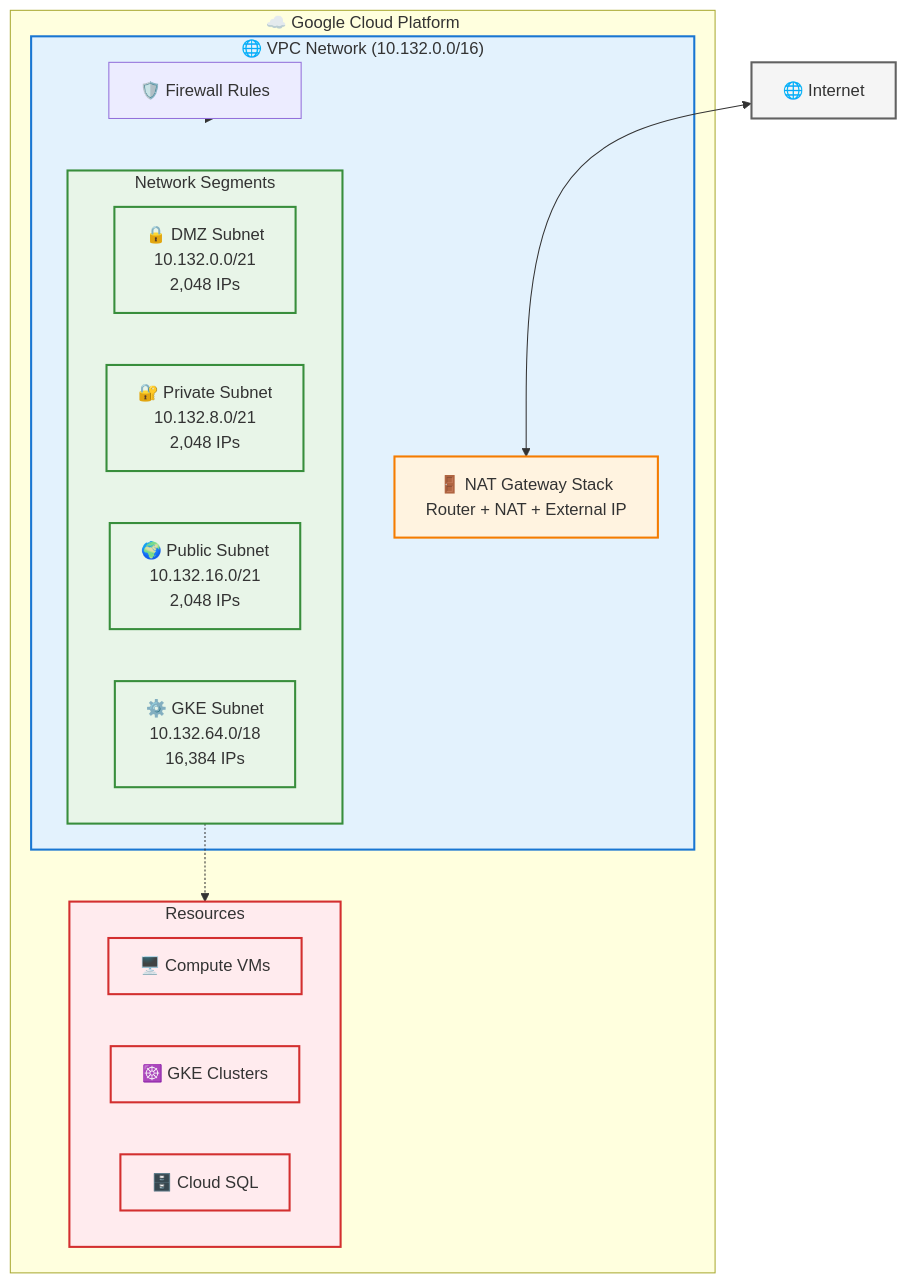
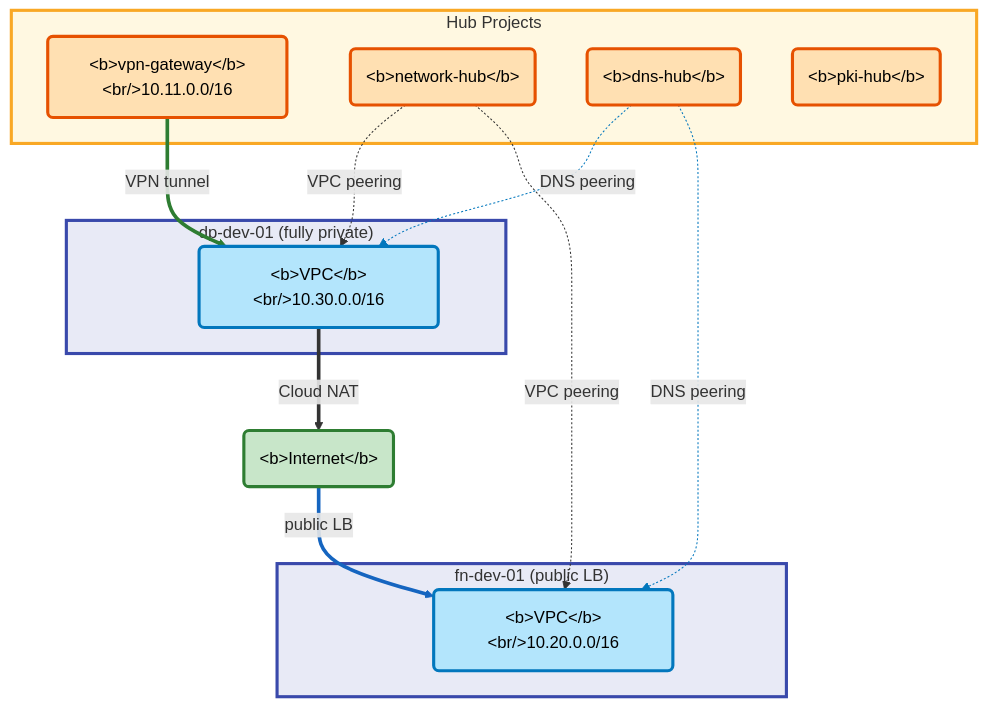
One commit to spolspol/terragrunt-gcp-org-automation changed the first of 3 diagrams in docs/NETWORK_ARCHITECTURE.md. Above: the diagram before and after it, drawn with Mermaid. The commit also changed other lines of this file and 36 other files, not shown here.

````diff
--- a/docs/NETWORK_ARCHITECTURE.md
+++ b/docs/NETWORK_ARCHITECTURE.md
@@ -32,42 +9,42 @@
 ```mermaid
 flowchart TB
-    subgraph CLOUD["☁️ Google Cloud Platform"]
-        subgraph VPC["🌐 VPC Network (10.132.0.0/16)"]
-            subgraph SUBNETS["Network Segments"]
-                DMZ["🔒 DMZ Subnet<br/>10.132.0.0/21<br/>2,048 IPs"]
-                PRIVATE["🔐 Private Subnet<br/>10.132.8.0/21<br/>2,048 IPs"]
-                PUBLIC["🌍 Public Subnet<br/>10.132.16.0/21<br/>2,048 IPs"]
-                GKE_NET["⚙️ GKE Subnet<br/>10.132.64.0/18<br/>16,384 IPs"]
-            end
-            
-            NAT_STACK["🚪 NAT Gateway Stack<br/>Router + NAT + External IP"]
-            FIREWALL["🛡️ Firewall Rules"]
-        end
-        
-        subgraph RESOURCES["Resources"]
-            VMS["🖥️ Compute VMs"]
-            GKE["☸️ GKE Clusters"]
-            SQL["🗄️ Cloud SQL"]
-        end
+    subgraph HUB["Hub Projects"]
+        VPN("&lt;b&gt;vpn-gateway&lt;/b&gt;&lt;br/&gt;10.11.0.0/16")
+        NETHUB("&lt;b&gt;network-hub&lt;/b&gt;")
+        DNSHUB("&lt;b&gt;dns-hub&lt;/b&gt;")
+        PKIHUB("&lt;b&gt;pki-hub&lt;/b&gt;")
     end
-    
-    INTERNET["🌐 Internet"]
-    
-    %% Simplified connections
-    INTERNET <--> NAT_STACK
-    SUBNETS -.-> RESOURCES
-    FIREWALL -.-> VPC
-    
-    %% Visual conventions
-    classDef vpc fill:#E3F2FD,stroke:#1976D2,stroke-width:2px
-    classDef subnet fill:#E8F5E8,stroke:#388E3C,stroke-width:2px
-    classDef nat fill:#FFF3E0,stroke:#F57C00,stroke-width:2px
-    classDef resource fill:#FFEBEE,stroke:#D32F2F,stroke-width:2px
-    classDef internet fill:#F5F5F5,stroke:#616161,stroke-width:2px
-    
-    class VPC vpc
-    class SUBNETS,DMZ,PRIVATE,PUBLIC,GKE_NET subnet
-    class NAT_STACK nat
-    class RESOURCES,VMS,GKE,SQL resource
-    class INTERNET internet
+
+    subgraph DP["dp-dev-01 (fully private)"]
+        DPVPC("&lt;b&gt;VPC&lt;/b&gt;&lt;br/&gt;10.30.0.0/16")
+    end
+
+    subgraph FN["fn-dev-01 (public LB)"]
+        FNVPC("&lt;b&gt;VPC&lt;/b&gt;&lt;br/&gt;10.20.0.0/16")
+    end
+
+    INTERNET("&lt;b&gt;Internet&lt;/b&gt;")
+
+    VPN ==>|"VPN tunnel"| DPVPC
+    NETHUB -.->|"VPC peering"| DPVPC
+    NETHUB -.->|"VPC peering"| FNVPC
+    DNSHUB -.->|"DNS peering"| DPVPC
+    DNSHUB -.->|"DNS peering"| FNVPC
+    INTERNET ==>|"public LB"| FNVPC
+    DPVPC ==>|"Cloud NAT"| INTERNET
+
+    style HUB fill:#fff8e1,stroke:#f9a825,stroke-width:3px
+    style DP fill:#e8eaf6,stroke:#3949ab,stroke-width:3px
+    style FN fill:#e8eaf6,stroke:#3949ab,stroke-width:3px
+    style VPN stroke-width:3px,color:#000,fill:#ffe0b2,stroke:#e65100
+    style NETHUB stroke-width:3px,color:#000,fill:#ffe0b2,stroke:#e65100
+    style DNSHUB stroke-width:3px,color:#000,fill:#ffe0b2,stroke:#e65100
+    style PKIHUB stroke-width:3px,color:#000,fill:#ffe0b2,stroke:#e65100
+    style DPVPC stroke-width:3px,color:#000,fill:#b3e5fc,stroke:#0277bd
+    style FNVPC stroke-width:3px,color:#000,fill:#b3e5fc,stroke:#0277bd
+    style INTERNET stroke-width:3px,color:#000,fill:#c8e6c9,stroke:#2e7d32
+
+    linkStyle 0 stroke:#2e7d32
+    linkStyle 3,4 stroke:#0277bd
+    linkStyle 5 stroke:#1565c0
 ```
````
